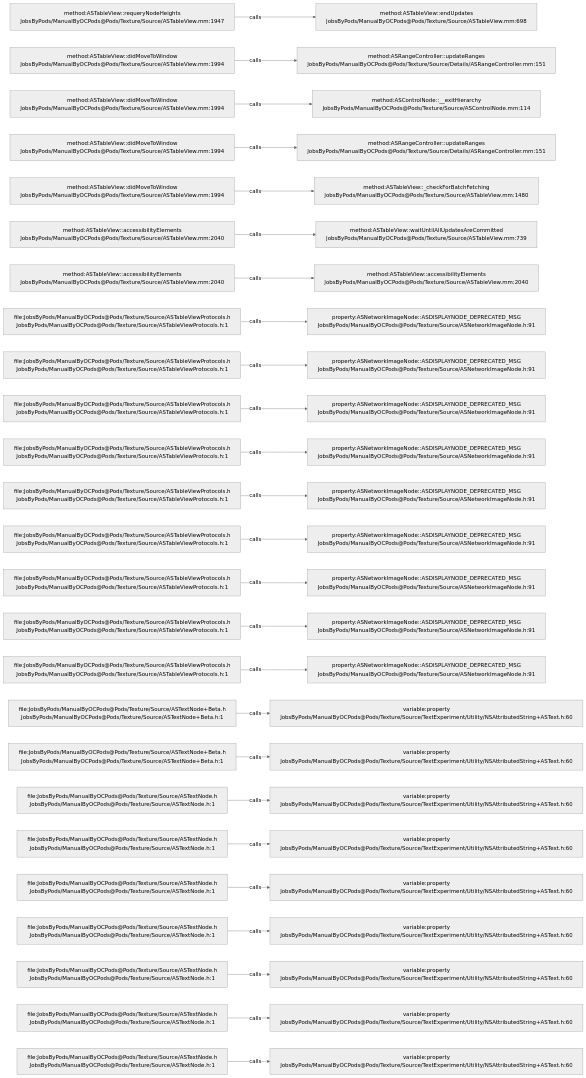
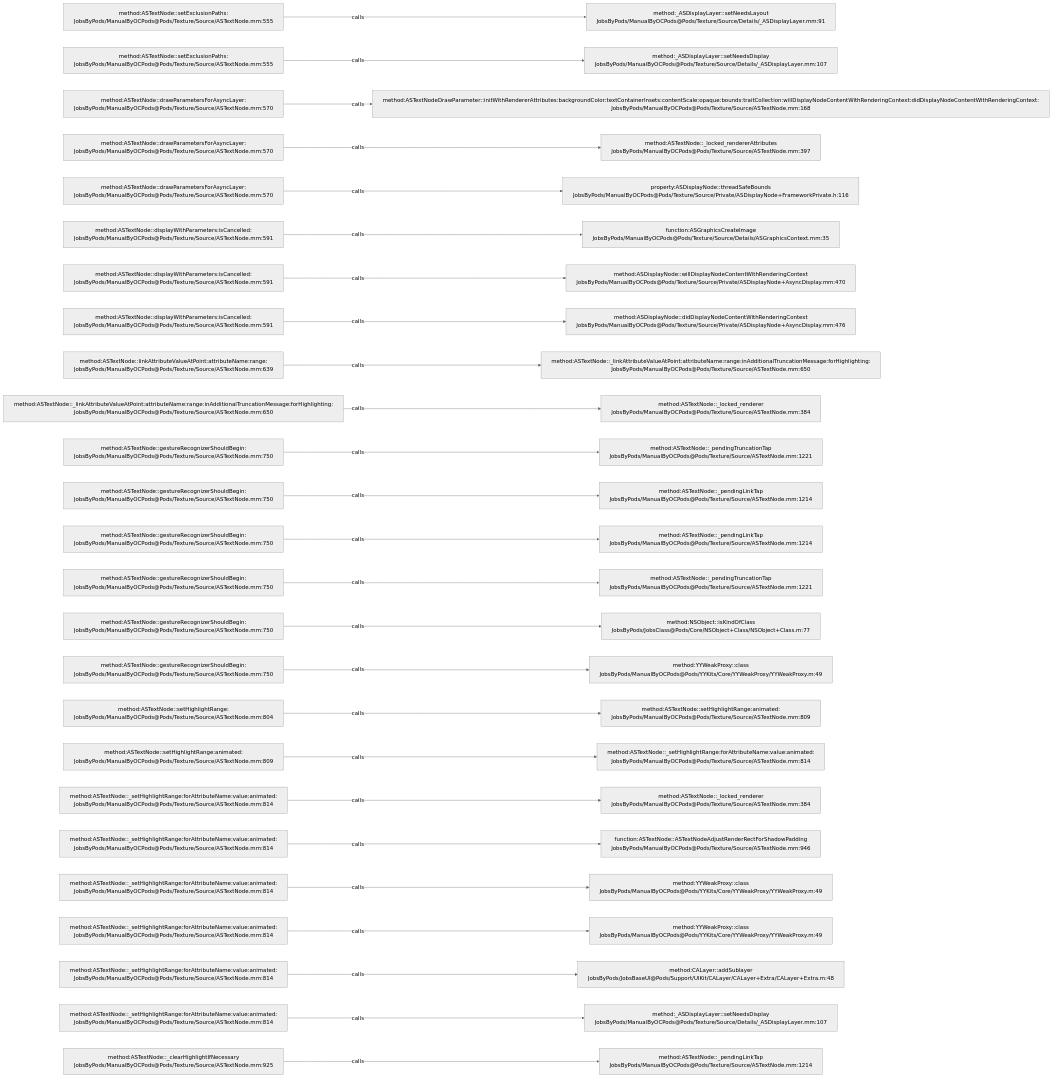
Before and after one commit to JobsKits/JobsOCBaseConfigDemo: the diagram in .codegraph/codegraph.md/graphs/calls-133.md, drawn with Mermaid (neutral theme). The commit also changed 1353 other files, not shown here.

````diff
--- a/.codegraph/codegraph.md/graphs/calls-133.md
+++ b/.codegraph/codegraph.md/graphs/calls-133.md
@@ -13,78 +13,78 @@
 ```mermaid
 flowchart LR
-  S1["method:ASTableView::requeryNodeHeights<br/>JobsByPods/ManualByOCPods@Pods/Texture/Source/ASTableView.mm:1947"]
-  T1["method:ASTableView::endUpdates<br/>JobsByPods/ManualByOCPods@Pods/Texture/Source/ASTableView.mm:698"]
+  S1["method:ASTextNode::setExclusionPaths:<br/>JobsByPods/ManualByOCPods@Pods/Texture/Source/ASTextNode.mm:555"]
+  T1["method:_ASDisplayLayer::setNeedsLayout<br/>JobsByPods/ManualByOCPods@Pods/Texture/Source/Details/_ASDisplayLayer.mm:91"]
   S1 -->|calls| T1
-  S2["method:ASTableView::didMoveToWindow<br/>JobsByPods/ManualByOCPods@Pods/Texture/Source/ASTableView.mm:1994"]
-  T2["method:ASRangeController::updateRanges<br/>JobsByPods/ManualByOCPods@Pods/Texture/Source/Details/ASRangeController.mm:151"]
+  S2["method:ASTextNode::setExclusionPaths:<br/>JobsByPods/ManualByOCPods@Pods/Texture/Source/ASTextNode.mm:555"]
+  T2["method:_ASDisplayLayer::setNeedsDisplay<br/>JobsByPods/ManualByOCPods@Pods/Texture/Source/Details/_ASDisplayLayer.mm:107"]
   S2 -->|calls| T2
-  S3["method:ASTableView::didMoveToWindow<br/>JobsByPods/ManualByOCPods@Pods/Texture/Source/ASTableView.mm:1994"]
-  T3["method:ASControlNode::__exitHierarchy<br/>JobsByPods/ManualByOCPods@Pods/Texture/Source/ASControlNode.mm:114"]
+  S3["method:ASTextNode::drawParametersForAsyncLayer:<br/>JobsByPods/ManualByOCPods@Pods/Texture/Source/ASTextNode.mm:570"]
+  T3["method:ASTextNodeDrawParameter::initWithRendererAttributes:backgroundColor:textContainerInsets:contentScale:opaque:bounds:traitCollection:willDisplayNodeContentWithRenderingContext:didDisplayNodeContentWithRenderingContext:<br/>JobsByPods/ManualByOCPods@Pods/Texture/Source/ASTextNode.mm:168"]
   S3 -->|calls| T3
-  S4["method:ASTableView::didMoveToWindow<br/>JobsByPods/ManualByOCPods@Pods/Texture/Source/ASTableView.mm:1994"]
-  T4["method:ASRangeController::updateRanges<br/>JobsByPods/ManualByOCPods@Pods/Texture/Source/Details/ASRangeController.mm:151"]
+  S4["method:ASTextNode::drawParametersForAsyncLayer:<br/>JobsByPods/ManualByOCPods@Pods/Texture/Source/ASTextNode.mm:570"]
+  T4["method:ASTextNode::_locked_rendererAttributes<br/>JobsByPods/ManualByOCPods@Pods/Texture/Source/ASTextNode.mm:397"]
   S4 -->|calls| T4
-  S5["method:ASTableView::didMoveToWindow<br/>JobsByPods/ManualByOCPods@Pods/Texture/Source/ASTableView.mm:1994"]
-  T5["method:ASTableView::_checkForBatchFetching<br/>JobsByPods/ManualByOCPods@Pods/Texture/Source/ASTableView.mm:1480"]
+  S5["method:ASTextNode::drawParametersForAsyncLayer:<br/>JobsByPods/ManualByOCPods@Pods/Texture/Source/ASTextNode.mm:570"]
+  T5["property:ASDisplayNode::threadSafeBounds<br/>JobsByPods/ManualByOCPods@Pods/Texture/Source/Private/ASDisplayNode+FrameworkPrivate.h:116"]
   S5 -->|calls| T5
-  S6["method:ASTableView::accessibilityElements<br/>JobsByPods/ManualByOCPods@Pods/Texture/Source/ASTableView.mm:2040"]
-  T6["method:ASTableView::waitUntilAllUpdatesAreCommitted<br/>JobsByPods/ManualByOCPods@Pods/Texture/Source/ASTableView.mm:739"]
+  S6["method:ASTextNode::displayWithParameters:isCancelled:<br/>JobsByPods/ManualByOCPods@Pods/Texture/Source/ASTextNode.mm:591"]
+  T6["function:ASGraphicsCreateImage<br/>JobsByPods/ManualByOCPods@Pods/Texture/Source/Details/ASGraphicsContext.mm:35"]
   S6 -->|calls| T6
-  S7["method:ASTableView::accessibilityElements<br/>JobsByPods/ManualByOCPods@Pods/Texture/Source/ASTableView.mm:2040"]
-  T7["method:ASTableView::accessibilityElements<br/>JobsByPods/ManualByOCPods@Pods/Texture/Source/ASTableView.mm:2040"]
+  S7["method:ASTextNode::displayWithParameters:isCancelled:<br/>JobsByPods/ManualByOCPods@Pods/Texture/Source/ASTextNode.mm:591"]
+  T7["method:ASDisplayNode::willDisplayNodeContentWithRenderingContext<br/>JobsByPods/ManualByOCPods@Pods/Texture/Source/Private/ASDisplayNode+AsyncDisplay.mm:470"]
   S7 -->|calls| T7
-  S8["file:JobsByPods/ManualByOCPods@Pods/Texture/Source/ASTableViewProtocols.h<br/>JobsByPods/ManualByOCPods@Pods/Texture/Source/ASTableViewProtocols.h:1"]
-  T8["property:ASNetworkImageNode::ASDISPLAYNODE_DEPRECATED_MSG<br/>JobsByPods/ManualByOCPods@Pods/Texture/Source/ASNetworkImageNode.h:91"]
+  S8["method:ASTextNode::displayWithParameters:isCancelled:<br/>JobsByPods/ManualByOCPods@Pods/Texture/Source/ASTextNode.mm:591"]
+  T8["method:ASDisplayNode::didDisplayNodeContentWithRenderingContext<br/>JobsByPods/ManualByOCPods@Pods/Texture/Source/Private/ASDisplayNode+AsyncDisplay.mm:476"]
   S8 -->|calls| T8
-  S9["file:JobsByPods/ManualByOCPods@Pods/Texture/Source/ASTableViewProtocols.h<br/>JobsByPods/ManualByOCPods@Pods/Texture/Source/ASTableViewProtocols.h:1"]
-  T9["property:ASNetworkImageNode::ASDISPLAYNODE_DEPRECATED_MSG<br/>JobsByPods/ManualByOCPods@Pods/Texture/Source/ASNetworkImageNode.h:91"]
+  S9["method:ASTextNode::linkAttributeValueAtPoint:attributeName:range:<br/>JobsByPods/ManualByOCPods@Pods/Texture/Source/ASTextNode.mm:639"]
+  T9["method:ASTextNode::_linkAttributeValueAtPoint:attributeName:range:inAdditionalTruncationMessage:forHighlighting:<br/>JobsByPods/ManualByOCPods@Pods/Texture/Source/ASTextNode.mm:650"]
   S9 -->|calls| T9
-  S10["file:JobsByPods/ManualByOCPods@Pods/Texture/Source/ASTableViewProtocols.h<br/>JobsByPods/ManualByOCPods@Pods/Texture/Source/ASTableViewProtocols.h:1"]
-  T10["property:ASNetworkImageNode::ASDISPLAYNODE_DEPRECATED_MSG<br/>JobsByPods/ManualByOCPods@Pods/Texture/Source/ASNetworkImageNode.h:91"]
+  S10["method:ASTextNode::_linkAttributeValueAtPoint:attributeName:range:inAdditionalTruncationMessage:forHighlighting:<br/>JobsByPods/ManualByOCPods@Pods/Texture/Source/ASTextNode.mm:650"]
+  T10["method:ASTextNode::_locked_renderer<br/>JobsByPods/ManualByOCPods@Pods/Texture/Source/ASTextNode.mm:384"]
   S10 -->|calls| T10
-  S11["file:JobsByPods/ManualByOCPods@Pods/Texture/Source/ASTableViewProtocols.h<br/>JobsByPods/ManualByOCPods@Pods/Texture/Source/ASTableViewProtocols.h:1"]
-  T11["property:ASNetworkImageNode::ASDISPLAYNODE_DEPRECATED_MSG<br/>JobsByPods/ManualByOCPods@Pods/Texture/Source/ASNetworkImageNode.h:91"]
+  S11["method:ASTextNode::gestureRecognizerShouldBegin:<br/>JobsByPods/ManualByOCPods@Pods/Texture/Source/ASTextNode.mm:750"]
+  T11["method:ASTextNode::_pendingTruncationTap<br/>JobsByPods/ManualByOCPods@Pods/Texture/Source/ASTextNode.mm:1221"]
   S11 -->|calls| T11
-  S12["file:JobsByPods/ManualByOCPods@Pods/Texture/Source/ASTableViewProtocols.h<br/>JobsByPods/ManualByOCPods@Pods/Texture/Source/ASTableViewProtocols.h:1"]
-  T12["property:ASNetworkImageNode::ASDISPLAYNODE_DEPRECATED_MSG<br/>JobsByPods/ManualByOCPods@Pods/Texture/Source/ASNetworkImageNode.h:91"]
+  S12["method:ASTextNode::gestureRecognizerShouldBegin:<br/>JobsByPods/ManualByOCPods@Pods/Texture/Source/ASTextNode.mm:750"]
+  T12["method:ASTextNode::_pendingLinkTap<br/>JobsByPods/ManualByOCPods@Pods/Texture/Source/ASTextNode.mm:1214"]
   S12 -->|calls| T12
-  S13["file:JobsByPods/ManualByOCPods@Pods/Texture/Source/ASTableViewProtocols.h<br/>JobsByPods/ManualByOCPods@Pods/Texture/Source/ASTableViewProtocols.h:1"]
-  T13["property:ASNetworkImageNode::ASDISPLAYNODE_DEPRECATED_MSG<br/>JobsByPods/ManualByOCPods@Pods/Texture/Source/ASNetworkImageNode.h:91"]
+  S13["method:ASTextNode::gestureRecognizerShouldBegin:<br/>JobsByPods/ManualByOCPods@Pods/Texture/Source/ASTextNode.mm:750"]
+  T13["method:ASTextNode::_pendingLinkTap<br/>JobsByPods/ManualByOCPods@Pods/Texture/Source/ASTextNode.mm:1214"]
   S13 -->|calls| T13
-  S14["file:JobsByPods/ManualByOCPods@Pods/Texture/Source/ASTableViewProtocols.h<br/>JobsByPods/ManualByOCPods@Pods/Texture/Source/ASTableViewProtocols.h:1"]
-  T14["property:ASNetworkImageNode::ASDISPLAYNODE_DEPRECATED_MSG<br/>JobsByPods/ManualByOCPods@Pods/Texture/Source/ASNetworkImageNode.h:91"]
+  S14["method:ASTextNode::gestureRecognizerShouldBegin:<br/>JobsByPods/ManualByOCPods@Pods/Texture/Source/ASTextNode.mm:750"]
+  T14["method:ASTextNode::_pendingTruncationTap<br/>JobsByPods/ManualByOCPods@Pods/Texture/Source/ASTextNode.mm:1221"]
   S14 -->|calls| T14
-  S15["file:JobsByPods/ManualByOCPods@Pods/Texture/Source/ASTableViewProtocols.h<br/>JobsByPods/ManualByOCPods@Pods/Texture/Source/ASTableViewProtocols.h:1"]
-  T15["property:ASNetworkImageNode::ASDISPLAYNODE_DEPRECATED_MSG<br/>JobsByPods/ManualByOCPods@Pods/Texture/Source/ASNetworkImageNode.h:91"]
+  S15["method:ASTextNode::gestureRecognizerShouldBegin:<br/>JobsByPods/ManualByOCPods@Pods/Texture/Source/ASTextNode.mm:750"]
+  T15["method:NSObject::isKindOfClass<br/>JobsByPods/JobsClass@Pods/Core/NSObject+Class/NSObject+Class.m:77"]
   S15 -->|calls| T15
-  S16["file:JobsByPods/ManualByOCPods@Pods/Texture/Source/ASTableViewProtocols.h<br/>JobsByPods/ManualByOCPods@Pods/Texture/Source/ASTableViewProtocols.h:1"]
-  T16["property:ASNetworkImageNode::ASDISPLAYNODE_DEPRECATED_MSG<br/>JobsByPods/ManualByOCPods@Pods/Texture/Source/ASNetworkImageNode.h:91"]
+  S16["method:ASTextNode::gestureRecognizerShouldBegin:<br/>JobsByPods/ManualByOCPods@Pods/Texture/Source/ASTextNode.mm:750"]
+  T16["method:YYWeakProxy::class<br/>JobsByPods/ManualByOCPods@Pods/YYKits/Core/YYWeakProxy/YYWeakProxy.m:49"]
   S16 -->|calls| T16
-  S17["file:JobsByPods/ManualByOCPods@Pods/Texture/Source/ASTextNode+Beta.h<br/>JobsByPods/ManualByOCPods@Pods/Texture/Source/ASTextNode+Beta.h:1"]
-  T17["variable:property<br/>JobsByPods/ManualByOCPods@Pods/Texture/Source/TextExperiment/Utility/NSAttributedString+ASText.h:60"]
+  S17["method:ASTextNode::setHighlightRange:<br/>JobsByPods/ManualByOCPods@Pods/Texture/Source/ASTextNode.mm:804"]
+  T17["method:ASTextNode::setHighlightRange:animated:<br/>JobsByPods/ManualByOCPods@Pods/Texture/Source/ASTextNode.mm:809"]
   S17 -->|calls| T17
-  S18["file:JobsByPods/ManualByOCPods@Pods/Texture/Source/ASTextNode+Beta.h<br/>JobsByPods/ManualByOCPods@Pods/Texture/Source/ASTextNode+Beta.h:1"]
-  T18["variable:property<br/>JobsByPods/ManualByOCPods@Pods/Texture/Source/TextExperiment/Utility/NSAttributedString+ASText.h:60"]
+  S18["method:ASTextNode::setHighlightRange:animated:<br/>JobsByPods/ManualByOCPods@Pods/Texture/Source/ASTextNode.mm:809"]
+  T18["method:ASTextNode::_setHighlightRange:forAttributeName:value:animated:<br/>JobsByPods/ManualByOCPods@Pods/Texture/Source/ASTextNode.mm:814"]
   S18 -->|calls| T18
-  S19["file:JobsByPods/ManualByOCPods@Pods/Texture/Source/ASTextNode.h<br/>JobsByPods/ManualByOCPods@Pods/Texture/Source/ASTextNode.h:1"]
-  T19["variable:property<br/>JobsByPods/ManualByOCPods@Pods/Texture/Source/TextExperiment/Utility/NSAttributedString+ASText.h:60"]
+  S19["method:ASTextNode::_setHighlightRange:forAttributeName:value:animated:<br/>JobsByPods/ManualByOCPods@Pods/Texture/Source/ASTextNode.mm:814"]
+  T19["method:ASTextNode::_locked_renderer<br/>JobsByPods/ManualByOCPods@Pods/Texture/Source/ASTextNode.mm:384"]
   S19 -->|calls| T19
-  S20["file:JobsByPods/ManualByOCPods@Pods/Texture/Source/ASTextNode.h<br/>JobsByPods/ManualByOCPods@Pods/Texture/Source/ASTextNode.h:1"]
-  T20["variable:property<br/>JobsByPods/ManualByOCPods@Pods/Texture/Source/TextExperiment/Utility/NSAttributedString+ASText.h:60"]
+  S20["method:ASTextNode::_setHighlightRange:forAttributeName:value:animated:<br/>JobsByPods/ManualByOCPods@Pods/Texture/Source/ASTextNode.mm:814"]
+  T20["function:ASTextNode::ASTextNodeAdjustRenderRectForShadowPadding<br/>JobsByPods/ManualByOCPods@Pods/Texture/Source/ASTextNode.mm:946"]
   S20 -->|calls| T20
-  S21["file:JobsByPods/ManualByOCPods@Pods/Texture/Source/ASTextNode.h<br/>JobsByPods/ManualByOCPods@Pods/Texture/Source/ASTextNode.h:1"]
-  T21["variable:property<br/>JobsByPods/ManualByOCPods@Pods/Texture/Source/TextExperiment/Utility/NSAttributedString+ASText.h:60"]
+  S21["method:ASTextNode::_setHighlightRange:forAttributeName:value:animated:<br/>JobsByPods/ManualByOCPods@Pods/Texture/Source/ASTextNode.mm:814"]
+  T21["method:YYWeakProxy::class<br/>JobsByPods/ManualByOCPods@Pods/YYKits/Core/YYWeakProxy/YYWeakProxy.m:49"]
   S21 -->|calls| T21
-  S22["file:JobsByPods/ManualByOCPods@Pods/Texture/Source/ASTextNode.h<br/>JobsByPods/ManualByOCPods@Pods/Texture/Source/ASTextNode.h:1"]
-  T22["variable:property<br/>JobsByPods/ManualByOCPods@Pods/Texture/Source/TextExperiment/Utility/NSAttributedString+ASText.h:60"]
+  S22["method:ASTextNode::_setHighlightRange:forAttributeName:value:animated:<br/>JobsByPods/ManualByOCPods@Pods/Texture/Source/ASTextNode.mm:814"]
+  T22["method:YYWeakProxy::class<br/>JobsByPods/ManualByOCPods@Pods/YYKits/Core/YYWeakProxy/YYWeakProxy.m:49"]
   S22 -->|calls| T22
-  S23["file:JobsByPods/ManualByOCPods@Pods/Texture/Source/ASTextNode.h<br/>JobsByPods/ManualByOCPods@Pods/Texture/Source/ASTextNode.h:1"]
-  T23["variable:property<br/>JobsByPods/ManualByOCPods@Pods/Texture/Source/TextExperiment/Utility/NSAttributedString+ASText.h:60"]
+  S23["method:ASTextNode::_setHighlightRange:forAttributeName:value:animated:<br/>JobsByPods/ManualByOCPods@Pods/Texture/Source/ASTextNode.mm:814"]
+  T23["method:CALayer::addSublayer<br/>JobsByPods/JobsBaseUI@Pods/Support/UIKit/CALayer/CALayer+Extra/CALayer+Extra.m:48"]
   S23 -->|calls| T23
-  S24["file:JobsByPods/ManualByOCPods@Pods/Texture/Source/ASTextNode.h<br/>JobsByPods/ManualByOCPods@Pods/Texture/Source/ASTextNode.h:1"]
-  T24["variable:property<br/>JobsByPods/ManualByOCPods@Pods/Texture/Source/TextExperiment/Utility/NSAttributedString+ASText.h:60"]
+  S24["method:ASTextNode::_setHighlightRange:forAttributeName:value:animated:<br/>JobsByPods/ManualByOCPods@Pods/Texture/Source/ASTextNode.mm:814"]
+  T24["method:_ASDisplayLayer::setNeedsDisplay<br/>JobsByPods/ManualByOCPods@Pods/Texture/Source/Details/_ASDisplayLayer.mm:107"]
   S24 -->|calls| T24
-  S25["file:JobsByPods/ManualByOCPods@Pods/Texture/Source/ASTextNode.h<br/>JobsByPods/ManualByOCPods@Pods/Texture/Source/ASTextNode.h:1"]
-  T25["variable:property<br/>JobsByPods/ManualByOCPods@Pods/Texture/Source/TextExperiment/Utility/NSAttributedString+ASText.h:60"]
+  S25["method:ASTextNode::_clearHighlightIfNecessary<br/>JobsByPods/ManualByOCPods@Pods/Texture/Source/ASTextNode.mm:925"]
+  T25["method:ASTextNode::_pendingLinkTap<br/>JobsByPods/ManualByOCPods@Pods/Texture/Source/ASTextNode.mm:1214"]
   S25 -->|calls| T25
 ```
````
